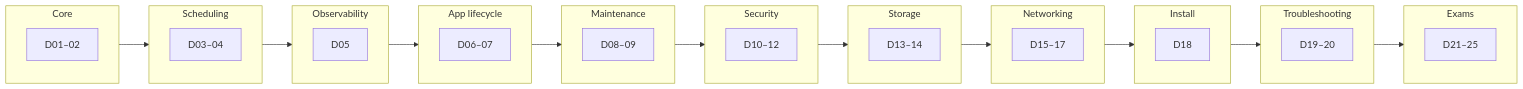
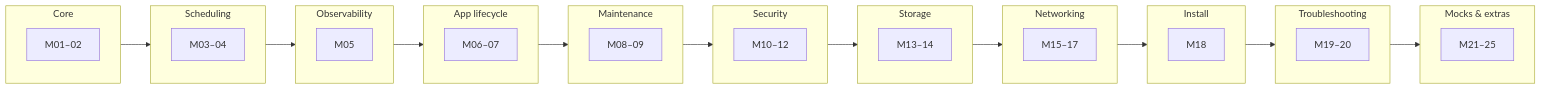
The diagram in day-0/notes.md (fzlops/cka-prep), drawn with Mermaid before and after one commit. The commit also changed other lines of this file and 1 other file, not shown here.

````diff
--- a/day-0/notes.md
+++ b/day-0/notes.md
@@ -25,37 +27,37 @@
 ```mermaid
 flowchart LR
   subgraph core[Core]
-    D1[D01–02]
+    M1[M01–02]
   end
   subgraph sched[Scheduling]
-    D2[D03–04]
+    M2[M03–04]
   end
   subgraph obs[Observability]
-    D3[D05]
+    M3[M05]
   end
   subgraph alm[App lifecycle]
-    D4[D06–07]
+    M4[M06–07]
   end
   subgraph maint[Maintenance]
-    D5[D08–09]
+    M5[M08–09]
   end
   subgraph sec[Security]
-    D6[D10–12]
+    M6[M10–12]
   end
   subgraph stor[Storage]
-    D7[D13–14]
+    M7[M13–14]
   end
   subgraph net[Networking]
-    D8[D15–17]
+    M8[M15–17]
   end
   subgraph install[Install]
-    D9[D18]
+    M9[M18]
   end
   subgraph fix[Troubleshooting]
-    D10[D19–20]
+    M10[M19–20]
   end
-  subgraph finish[Exams]
-    D11[D21–25]
+  subgraph finish[Mocks & extras]
+    M11[M21–25]
   end
   core --> sched --> obs --> alm --> maint --> sec --> stor --> net --> install --> fix --> finish
 ```
````
